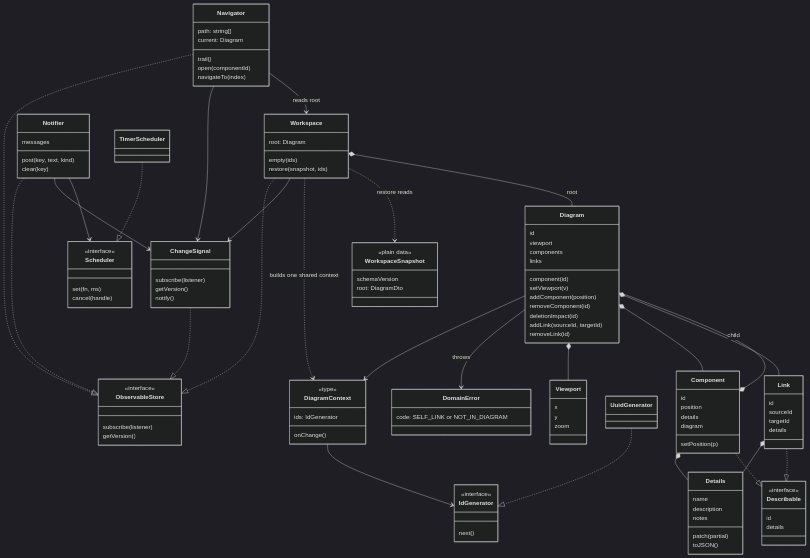
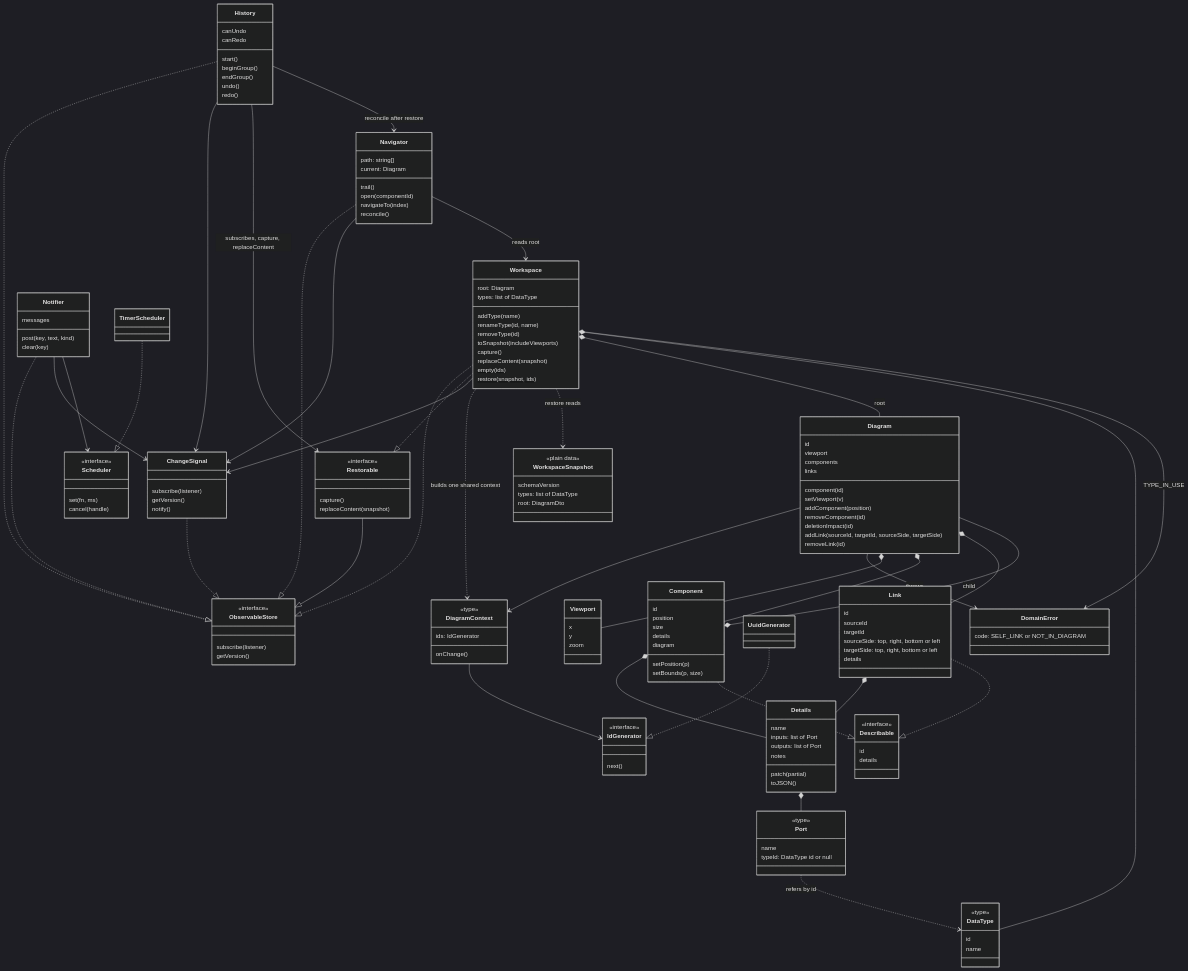
The diagram in docs/diagrams/domain-model.mmd (tylercoz/flow), drawn with Mermaid (dark theme) before and after one commit. The commit also changed 63 other files, not shown here.

First line of the commit message:
feat: add data types, undo/redo history, and UI restyle

```diff
--- a/docs/diagrams/domain-model.mmd
+++ b/docs/diagrams/domain-model.mmd
@@ -1,120 +1,168 @@
 classDiagram
     class ObservableStore {
         <<interface>>
         subscribe(listener)
         getVersion()
     }
     class ChangeSignal {
         subscribe(listener)
         getVersion()
         notify()
     }
     class Workspace {
         root: Diagram
+        types: list of DataType
+        addType(name)
+        renameType(id, name)
+        removeType(id)
+        toSnapshot(includeViewports)
+        capture()
+        replaceContent(snapshot)
         empty(ids)$
         restore(snapshot, ids)$
     }
     class DiagramContext {
         <<type>>
         ids: IdGenerator
         onChange()
     }
     class Navigator {
         path: string[]
         current: Diagram
         trail()
         open(componentId)
         navigateTo(index)
+        reconcile()
+    }
+    class History {
+        canUndo
+        canRedo
+        start()
+        beginGroup()
+        endGroup()
+        undo()
+        redo()
+    }
+    class Restorable {
+        <<interface>>
+        capture()
+        replaceContent(snapshot)
     }
     class Diagram {
         id
         viewport
         components
         links
         component(id)
         setViewport(v)
         addComponent(position)
         removeComponent(id)
         deletionImpact(id)
-        addLink(sourceId, targetId)
+        addLink(sourceId, targetId, sourceSide, targetSide)
         removeLink(id)
     }
     class Component {
         id
         position
+        size
         details
         diagram
         setPosition(p)
+        setBounds(p, size)
     }
     class Link {
         id
         sourceId
         targetId
+        sourceSide: top, right, bottom or left
+        targetSide: top, right, bottom or left
         details
     }
     class Details {
         name
-        description
+        inputs: list of Port
+        outputs: list of Port
         notes
         patch(partial)
         toJSON()
+    }
+    class Port {
+        <<type>>
+        name
+        typeId: DataType id or null
+    }
+    class DataType {
+        <<type>>
+        id
+        name
     }
     class Describable {
         <<interface>>
         id
         details
     }
     class Notifier {
         messages
         post(key, text, kind)
         clear(key)
     }
     class Scheduler {
         <<interface>>
         set(fn, ms)
         cancel(handle)
     }
     class TimerScheduler
     class IdGenerator {
         <<interface>>
         next()
     }
     class UuidGenerator
     class DomainError {
         code: SELF_LINK or NOT_IN_DIAGRAM
     }
     class Viewport {
         x
         y
         zoom
     }
     class WorkspaceSnapshot {
         <<plain data>>
         schemaVersion
+        types: list of DataType
         root: DiagramDto
     }
     ChangeSignal ..|> ObservableStore
     Workspace ..|> ObservableStore
     Navigator ..|> ObservableStore
     Notifier ..|> ObservableStore
+    History ..|> ObservableStore
+    Restorable --|> ObservableStore
+    Workspace ..|> Restorable
+    History --> ChangeSignal
+    History --> Restorable : subscribes, capture, replaceContent
+    History --> Navigator : reconcile after restore
     Workspace --> ChangeSignal
     Navigator --> ChangeSignal
     Notifier --> ChangeSignal
     Workspace ..> DiagramContext : builds one shared context
     Workspace ..> WorkspaceSnapshot : restore reads
     Diagram --> DiagramContext
     DiagramContext --> IdGenerator
     Diagram --> DomainError : throws
     Diagram *-- Viewport
     Workspace *-- Diagram : root
     Diagram *-- Component
     Diagram *-- Link
     Component *-- Diagram : child
+    Workspace *-- DataType
+    Details *-- Port
+    Port ..> DataType : refers by id
+    Workspace --> DomainError : TYPE_IN_USE
     Component *-- Details
     Link *-- Details
     Component ..|> Describable
     Link ..|> Describable
     Navigator --> Workspace : reads root
     Notifier --> Scheduler
     TimerScheduler ..|> Scheduler
     UuidGenerator ..|> IdGenerator
```
